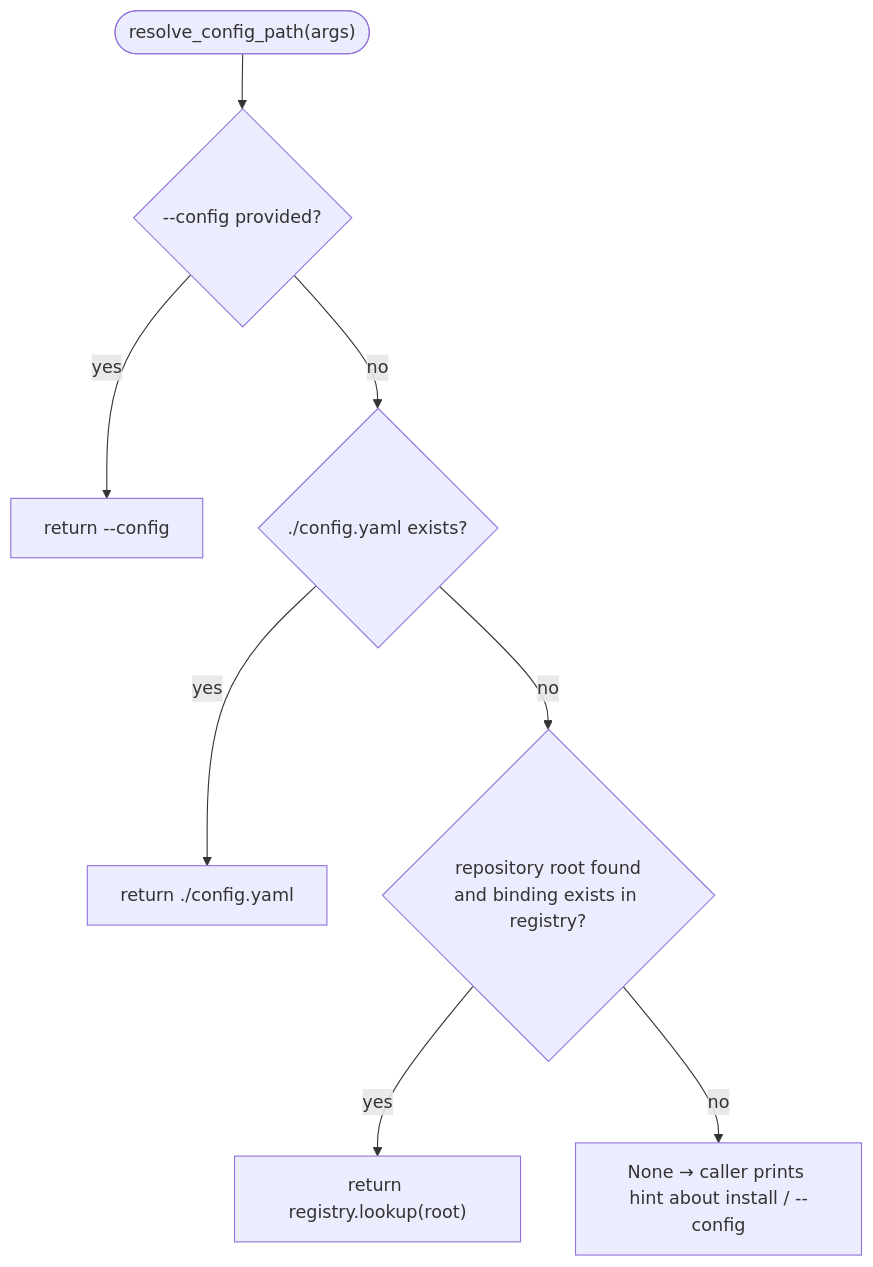
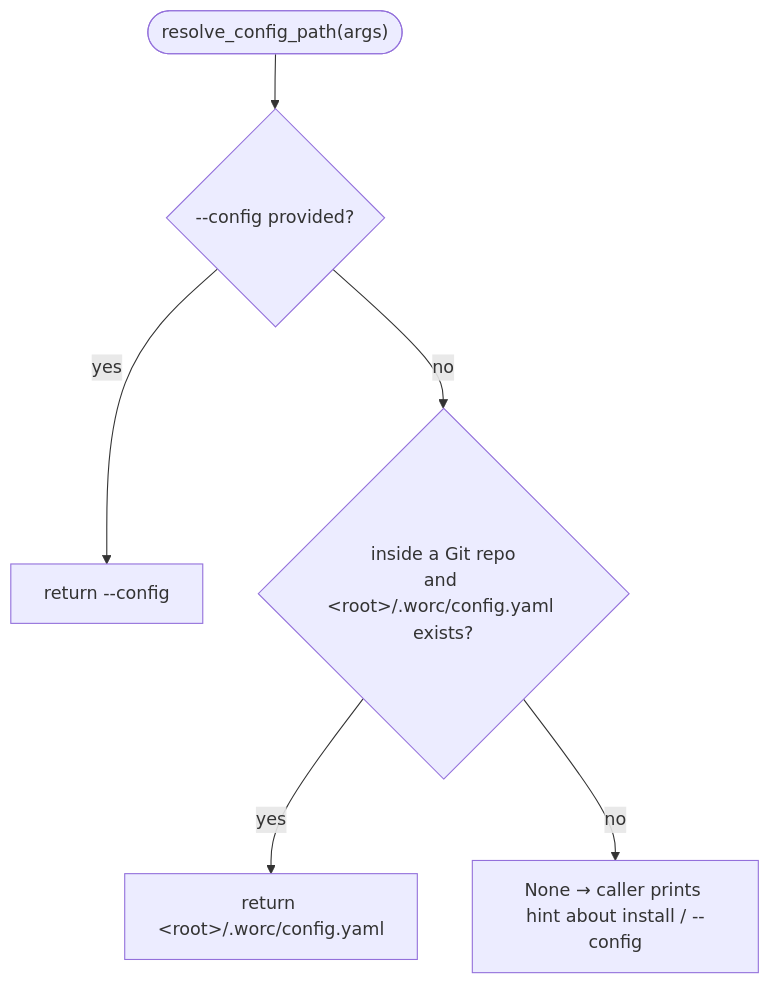
The diagram in docs/functional/blocks/B04-install-registry-and-config-discovery.md (VladimirMakarevich/wastech-orchestrator), drawn with Mermaid before and after one commit. The commit also changed other lines of this file and 59 other files, not shown here.

````diff
--- a/docs/functional/blocks/B04-install-registry-and-config-discovery.md
+++ b/docs/functional/blocks/B04-install-registry-and-config-discovery.md
@@ -42,10 +37,8 @@
 ```mermaid
 flowchart TB
     start(["resolve_config_path(args)"]) --> c1{"--config provided?"}
     c1 -->|yes| r1["return --config"]
-    c1 -->|no| c2{"./config.yaml exists?"}
-    c2 -->|yes| r2["return ./config.yaml"]
-    c2 -->|no| c3{"repository root found<br/>and binding exists in registry?"}
-    c3 -->|yes| r3["return registry.lookup(root)"]
-    c3 -->|no| r4["None → caller prints hint about install / --config"]
+    c1 -->|no| c2{"inside a Git repo<br/>and &lt;root&gt;/.worc/config.yaml exists?"}
+    c2 -->|yes| r2["return &lt;root&gt;/.worc/config.yaml"]
+    c2 -->|no| r3["None → caller prints hint about install / --config"]
 ```
````
